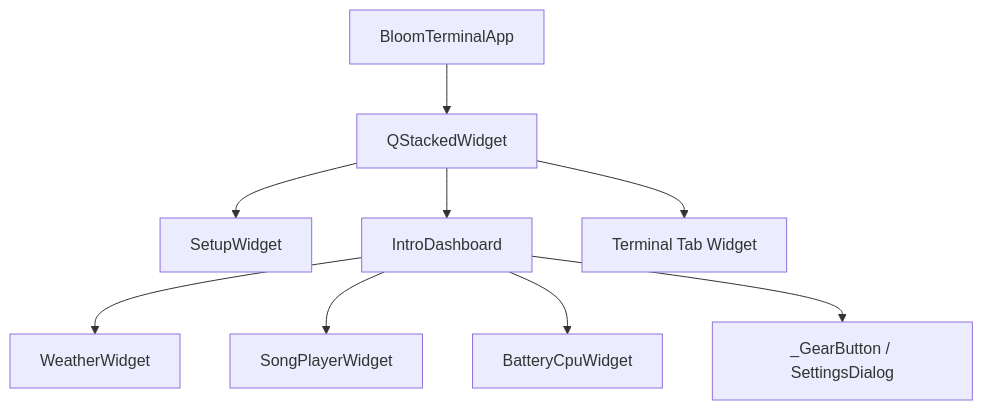
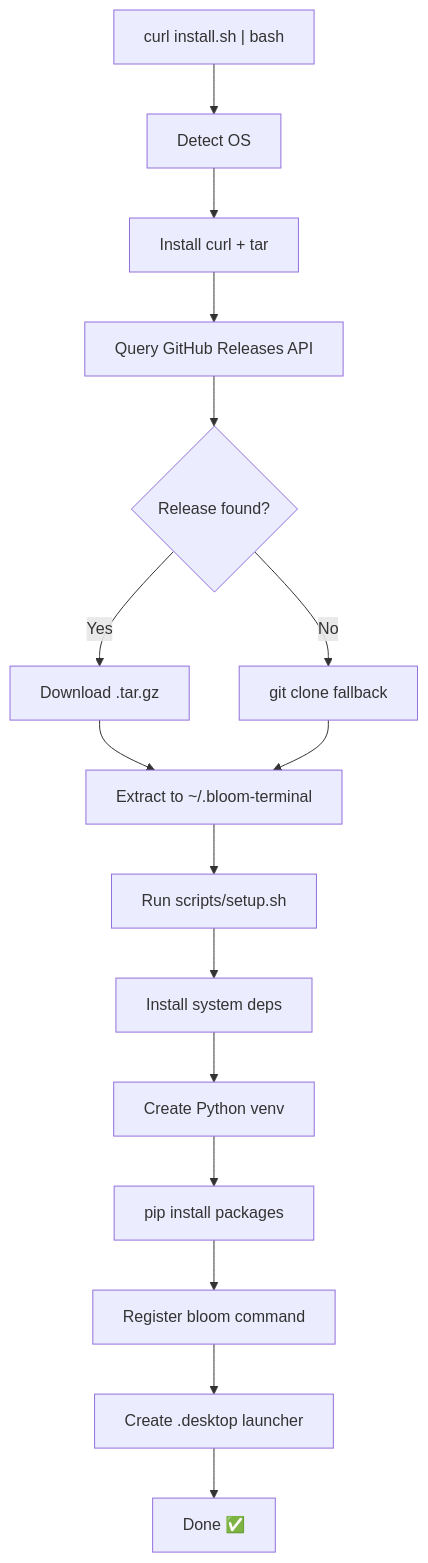
One commit to Aaryanbanskota/Bloom-terminal changed the second of 3 diagrams in README.md. Above: the diagram before and after it, drawn with Mermaid. The commit also changed other lines of this file and 4 other files, not shown here.

````diff
--- a/README.md
+++ b/README.md
@@ -76,12 +204,18 @@
 ```mermaid
 graph TD
-    App[BloomTerminalApp] --> Stack[QStackedWidget]
-    Stack --> Setup[SetupWidget]
-    Stack --> Intro[IntroDashboard]
-    Stack --> Terminal[Terminal Tab Widget]
-    
-    Intro --> Weather[WeatherWidget]
-    Intro --> Player[SongPlayerWidget]
-    Intro --> Stats[BatteryCpuWidget]
-    Intro --> Gear[_GearButton / SettingsDialog]
+    A["curl install.sh | bash"] --> B[Detect OS]
+    B --> C[Install curl + tar]
+    C --> D[Query GitHub Releases API]
+    D --> E{Release found?}
+    E -- Yes --> F[Download .tar.gz]
+    E -- No --> G[git clone fallback]
+    F --> H[Extract to ~/.bloom-terminal]
+    G --> H
+    H --> I[Run scripts/setup.sh]
+    I --> J[Install system deps]
+    J --> K[Create Python venv]
+    K --> L[pip install packages]
+    L --> M[Register bloom command]
+    M --> N[Create .desktop launcher]
+    N --> O[Done ✅]
 ```
````
